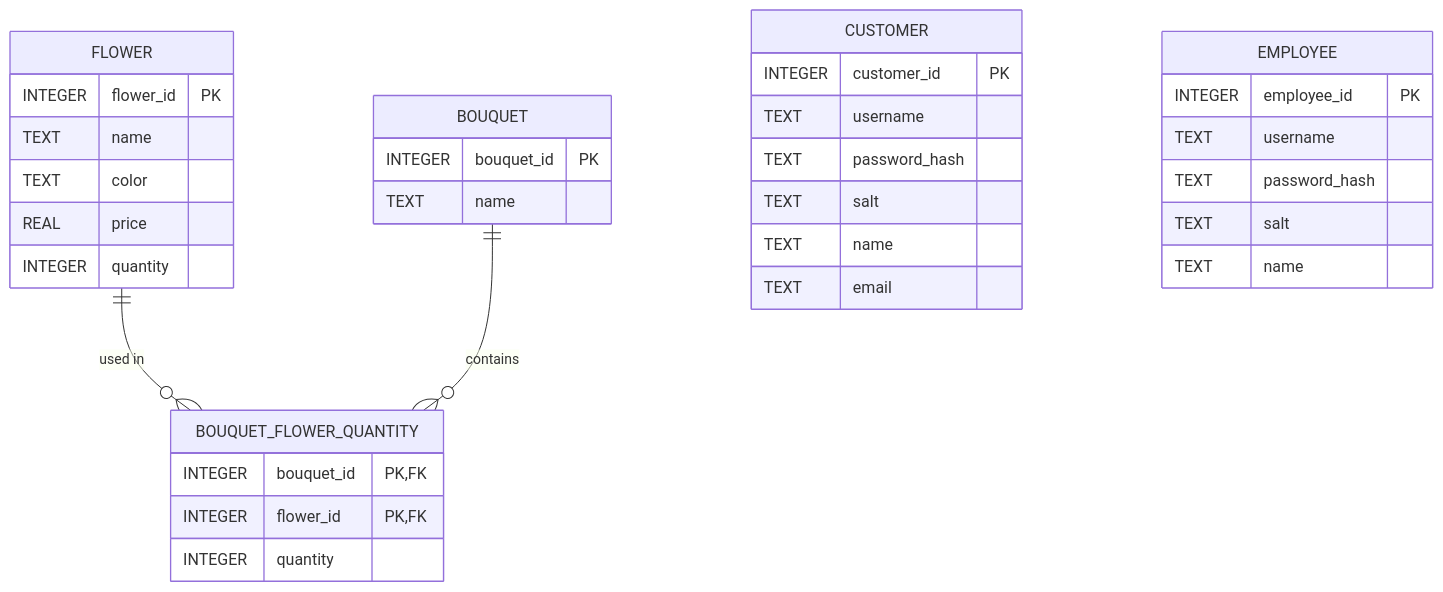
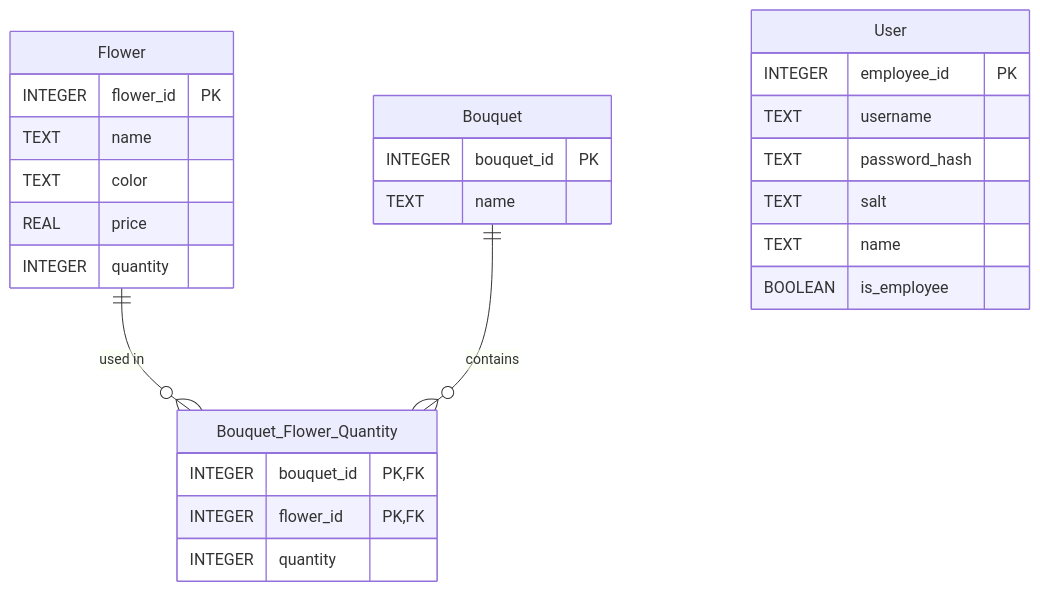
Before and after one commit to grfinch/IS6495-group-project: the diagram in README.md, drawn with Mermaid. The commit also changed 2 other files, not shown here.

Commit message:
Combine Customer and Employee into one User table

````diff
--- a/README.md
+++ b/README.md
@@ -34,41 +34,33 @@
 ```mermaid
 erDiagram
-    FLOWER ||--o{ BOUQUET_FLOWER_QUANTITY : "used in"
-    BOUQUET ||--o{ BOUQUET_FLOWER_QUANTITY : "contains"
+    Flower ||--o{ Bouquet_Flower_Quantity : "used in"
+    Bouquet ||--o{ Bouquet_Flower_Quantity : "contains"
 
-    FLOWER {
+    Flower {
         INTEGER flower_id PK
         TEXT name
         TEXT color
         REAL price
         INTEGER quantity
     }
 
-    BOUQUET {
+    Bouquet {
         INTEGER bouquet_id PK
         TEXT name
     }
 
-    BOUQUET_FLOWER_QUANTITY {
+    Bouquet_Flower_Quantity {
         INTEGER bouquet_id PK, FK
         INTEGER flower_id PK, FK
         INTEGER quantity
     }
 
-        CUSTOMER {
-        INTEGER customer_id PK
-        TEXT username
-        TEXT password_hash
-        TEXT salt
-        TEXT name
-        TEXT email
-    }
-
-    EMPLOYEE {
+    User {
         INTEGER employee_id PK
         TEXT username
         TEXT password_hash
         TEXT salt
         TEXT name
+        BOOLEAN is_employee
     }
 ```
````
